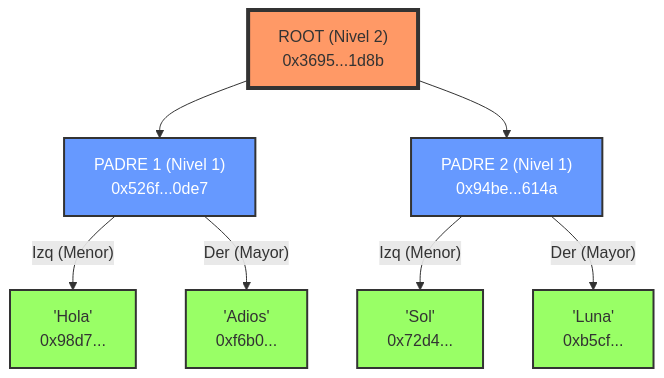
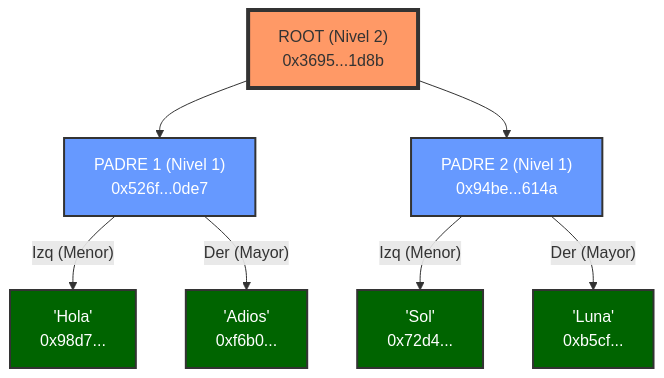
Before and after one commit to pixelotes/IESCAMINAS_PPS_RA1_2526: the diagram in Raul_Pastor_Clemente/Apartado_4/README.md, drawn with Mermaid. The commit also changed other lines of this file and 1 other file, not shown here.

````diff
--- a/Raul_Pastor_Clemente/Apartado_4/README.md
+++ b/Raul_Pastor_Clemente/Apartado_4/README.md
@@ -35,30 +35,30 @@
 ```mermaid
 graph TD
     %% Estilos
     classDef root fill:#f96,stroke:#333,stroke-width:4px;
     classDef branch fill:#69f,stroke:#333,stroke-width:2px,color:white;
-    classDef leaf fill:#9f6,stroke:#333,stroke-width:2px;
+    classDef leaf fill:#006400,stroke:#333,stroke-width:2px,color:white;
 
     %% Nivel 2: La Raíz
     Root["ROOT (Nivel 2)<br/>0x3695...1d8b"]:::root
 
     %% Nivel 1: Ramas Intermedias
     HashPar1["PADRE 1 (Nivel 1)<br/>0x526f...0de7"]:::branch
     HashPar2["PADRE 2 (Nivel 1)<br/>0x94be...614a"]:::branch
 
     %% Nivel 0: Hojas (Datos originales)
     HashHola["'Hola'<br/>0x98d7..."]:::leaf
     HashAdios["'Adios'<br/>0xf6b0..."]:::leaf
     HashSol["'Sol'<br/>0x72d4..."]:::leaf
     HashLuna["'Luna'<br/>0xb5cf..."]:::leaf
 
     %% Conexiones (CORREGIDAS CON COMILLAS)
     Root --> HashPar1
     Root --> HashPar2
 
     HashPar1 -- "Izq (Menor)" --> HashHola
     HashPar1 -- "Der (Mayor)" --> HashAdios
 
     HashPar2 -- "Izq (Menor)" --> HashSol
     HashPar2 -- "Der (Mayor)" --> HashLuna
 ```
````
